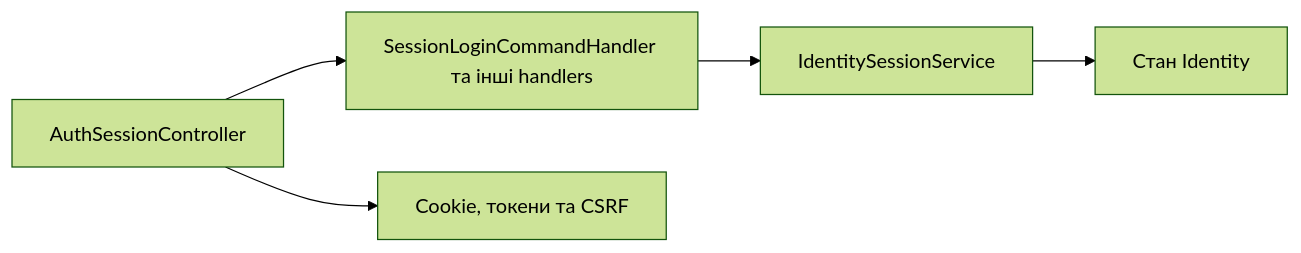
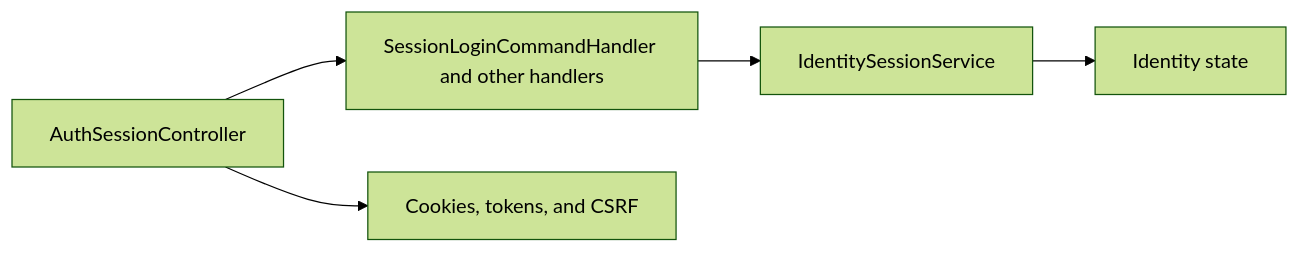
The diagram in docs/sdd/features/identity/session.md (Weretik/KedrStore), drawn with Mermaid (forest theme) before and after one commit. The commit also changed other lines of this file and 83 other files, not shown here.

Commit message:
docs(kedr): reconcile architecture and delivery guidance

````diff
--- a/docs/sdd/features/identity/session.md
+++ b/docs/sdd/features/identity/session.md
@@ -29,7 +29,7 @@
 ```mermaid
 flowchart LR
-    A["AuthSessionController"] --> B["SessionLoginCommandHandler та інші handlers"]
+    A["AuthSessionController"] --> B["SessionLoginCommandHandler and other handlers"]
     B --> C["IdentitySessionService"]
-    C --> D["Стан Identity"]
-    A --> E["Cookie, токени та CSRF"]
+    C --> D["Identity state"]
+    A --> E["Cookies, tokens, and CSRF"]
 ```
````
